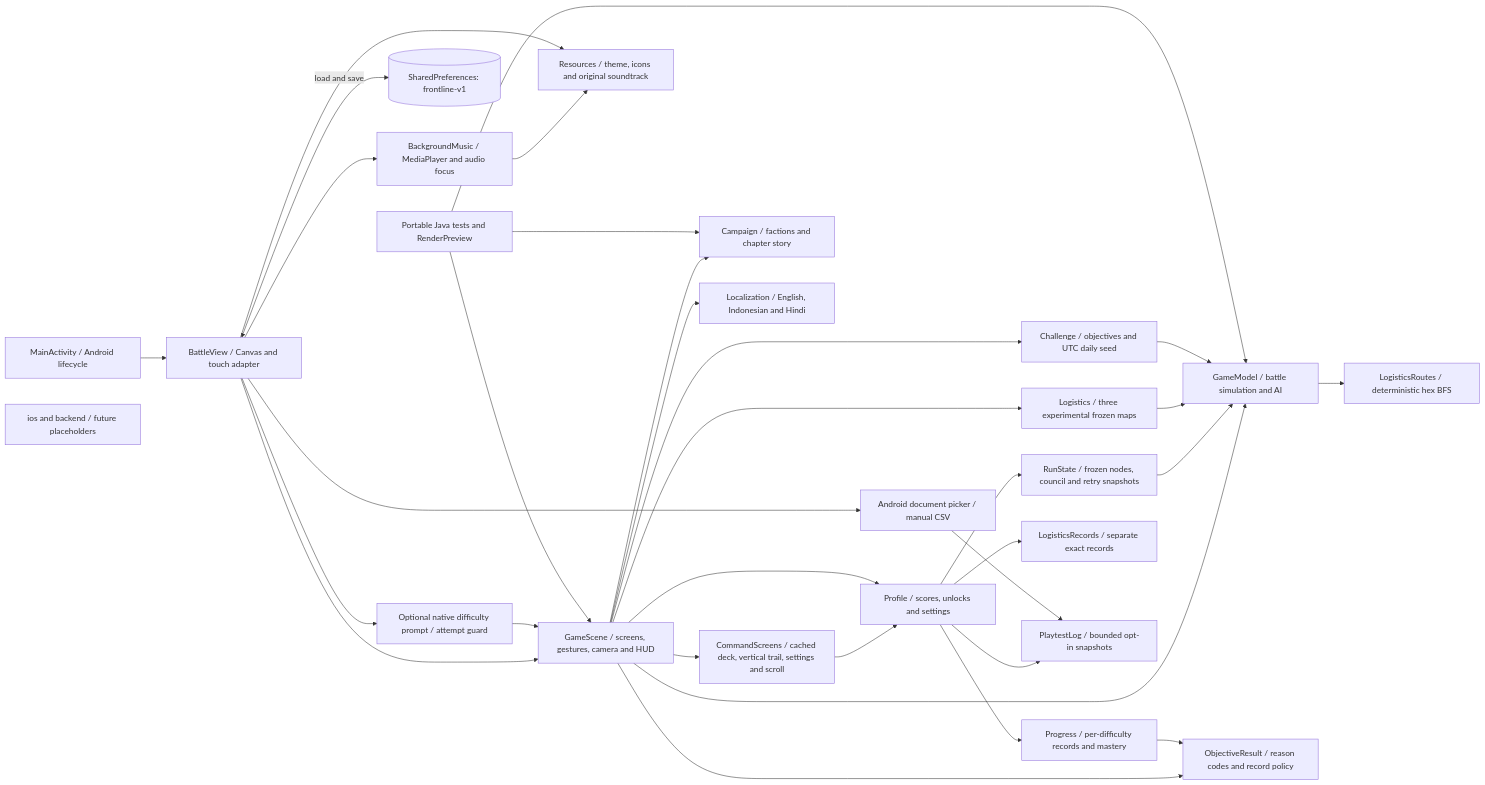
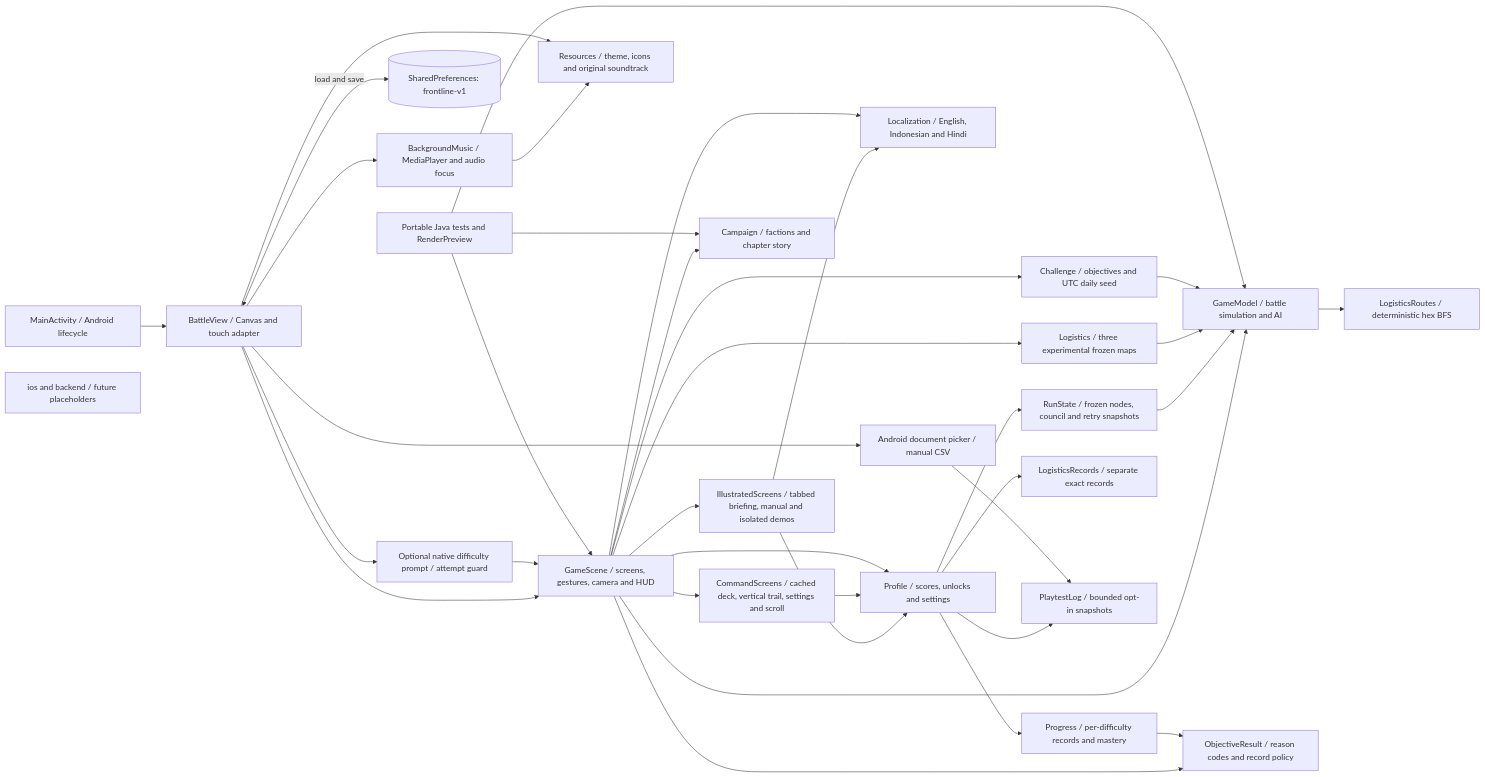
One commit to rohitashmathur/Frontline changed the first of 3 diagrams in docs/architecture.md. Above: the diagram before and after it, drawn with Mermaid. The commit also changed other lines of this file and 13 other files, not shown here.

Commit message:
Polish illustrated briefing and field manual for 0.13.1

````diff
--- a/docs/architecture.md
+++ b/docs/architecture.md
@@ -13,58 +15,62 @@
 ```mermaid
 flowchart LR
     Activity[MainActivity / Android lifecycle]
     View[BattleView / Canvas and touch adapter]
     Scene[GameScene / screens, gestures, camera and HUD]
     Command[CommandScreens / cached deck, vertical trail, settings and scroll]
+    Illustrated[IllustratedScreens / tabbed briefing, manual and isolated demos]
     Model[GameModel / battle simulation and AI]
     Campaign[Campaign / factions and chapter story]
     Profile[Profile / scores, unlocks and settings]
     Progress[Progress / per-difficulty records and mastery]
     Challenges[Challenge / objectives and UTC daily seed]
     Objective[ObjectiveResult / reason codes and record policy]
     Locale[Localization / English, Indonesian and Hindi]
     Run[RunState / frozen nodes, council and retry snapshots]
     Routes[LogisticsRoutes / deterministic hex BFS]
     Logistics[Logistics / three experimental frozen maps]
     RoutedRecords[LogisticsRecords / separate exact records]
     Log[PlaytestLog / bounded opt-in snapshots]
     Export[Android document picker / manual CSV]
     Feedback[Optional native difficulty prompt / attempt guard]
     Storage[(SharedPreferences: frontline-v1)]
     Music[BackgroundMusic / MediaPlayer and audio focus]
     Assets[Resources / theme, icons and original soundtrack]
     Tests[Portable Java tests and RenderPreview]
     Future[ios and backend / future placeholders]
 
     Activity --> View
     View --> Scene
     Scene --> Command
+    Scene --> Illustrated
+    Illustrated --> Profile
+    Illustrated --> Locale
     Command --> Profile
     Scene --> Model
     Scene --> Campaign
     Scene --> Profile
     Profile --> Progress
     Profile --> Log
     Profile --> Run
     Run --> Model
     Profile --> RoutedRecords
     Scene --> Logistics
     Logistics --> Model
     Model --> Routes
     Scene --> Challenges
     Scene --> Objective
     Scene --> Locale
     Progress --> Objective
     Challenges --> Model
     View --> Export
     Export --> Log
     View --> Feedback
     Feedback --> Scene
     View <-->|load and save| Storage
     View --> Music
     Music --> Assets
     View --> Assets
     Tests --> Scene
     Tests --> Model
     Tests --> Campaign
 ```
````
